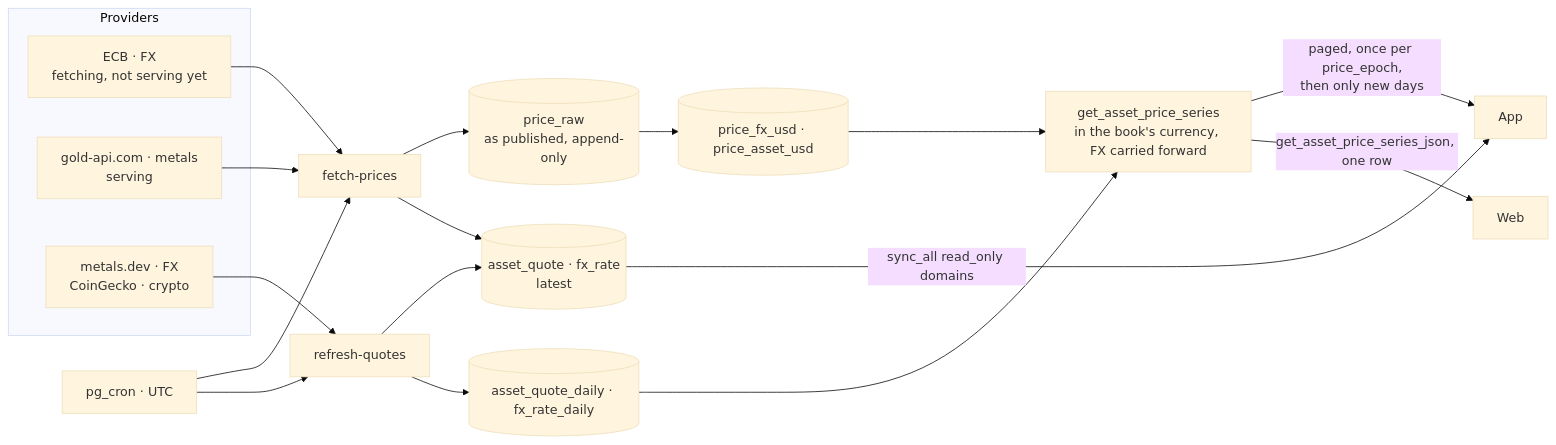
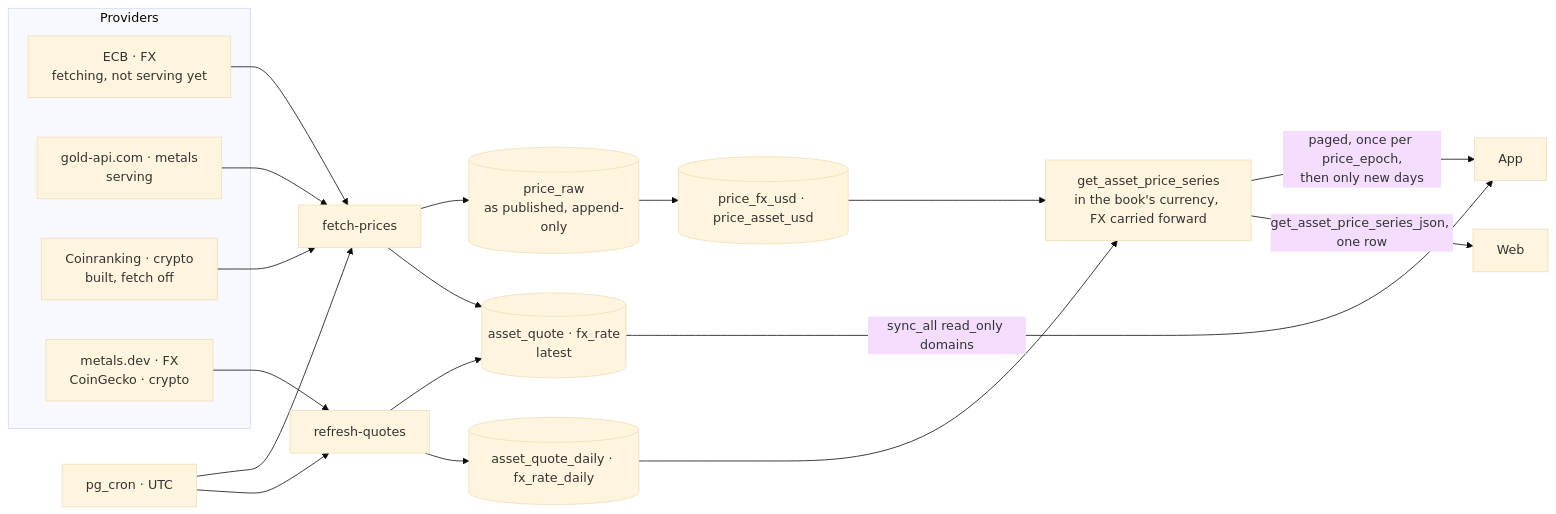
One commit to GeraldGmainer/moneykoi-docs changed the diagram in src/diagrams/price-pipeline.mmd. Above: the diagram before and after it, drawn with Mermaid (base theme). The commit also changed 5 other files, not shown here.

Commit message:
investments: crypto → Coinranking decided and built, Gerald's prod steps, cutover checks

```diff
--- a/src/diagrams/price-pipeline.mmd
+++ b/src/diagrams/price-pipeline.mmd
@@ -1,21 +1,23 @@
 flowchart LR
   subgraph feeds["Providers"]
     ecb["ECB · FX<br/>fetching, not serving yet"]
     gold["gold-api.com · metals<br/>serving"]
+    cr["Coinranking · crypto<br/>built, fetch off"]
     legacy["metals.dev · FX<br/>CoinGecko · crypto"]
   end
   cron["pg_cron · UTC"] --> fp["fetch-prices"]
   cron --> rq["refresh-quotes"]
   ecb --> fp
   gold --> fp
+  cr --> fp
   legacy --> rq
   fp --> raw[("price_raw<br/>as published, append-only")]
   raw --> derived[("price_fx_usd · price_asset_usd")]
   fp --> latest[("asset_quote · fx_rate<br/>latest")]
   rq --> latest
   rq --> hist[("asset_quote_daily · fx_rate_daily")]
   latest -- "sync_all read_only domains" --> app["App"]
   hist --> series["get_asset_price_series<br/>in the book's currency, FX carried forward"]
   derived --> series
   series -- "paged, once per price_epoch,<br/>then only new days" --> app
   series -- "get_asset_price_series_json, one row" --> web["Web"]
```
